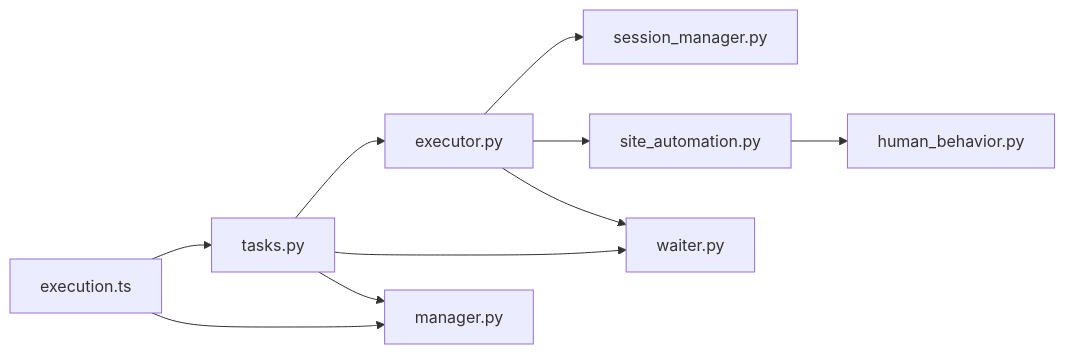
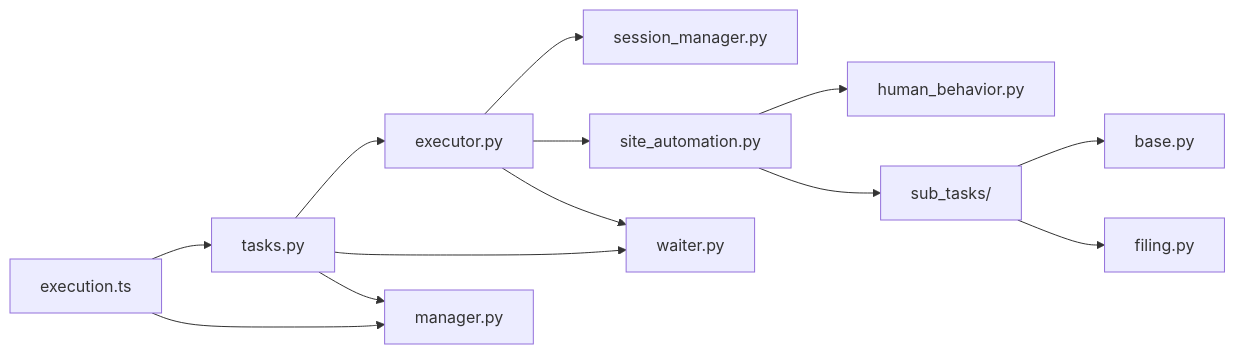
Before and after one commit to onebody/ccclubs_AI_RPA: diagram 14 of 14 in .qoder/repowiki/zh/content/浏览器自动化/站点自动化.md, drawn with Mermaid. The commit also changed other lines of this file and 50 other files, not shown here.

````diff
--- a/.qoder/repowiki/zh/content/浏览器自动化/站点自动化.md
+++ b/.qoder/repowiki/zh/content/浏览器自动化/站点自动化.md
@@ -370,12 +608,15 @@
 ```mermaid
 graph LR
 Exec["executor.py"] --> SM["session_manager.py"]
 Exec --> SA["site_automation.py"]
 Exec --> Wait["waiter.py"]
 SA --> HB["human_behavior.py"]
+SA --> ST["sub_tasks/"]
+ST --> Base["base.py"]
+ST --> Filing["filing.py"]
 API["tasks.py"] --> Exec
 API --> Wait
 API --> WS["manager.py"]
 FE["execution.ts"] --> API
 FE --> WS
 ```
````
